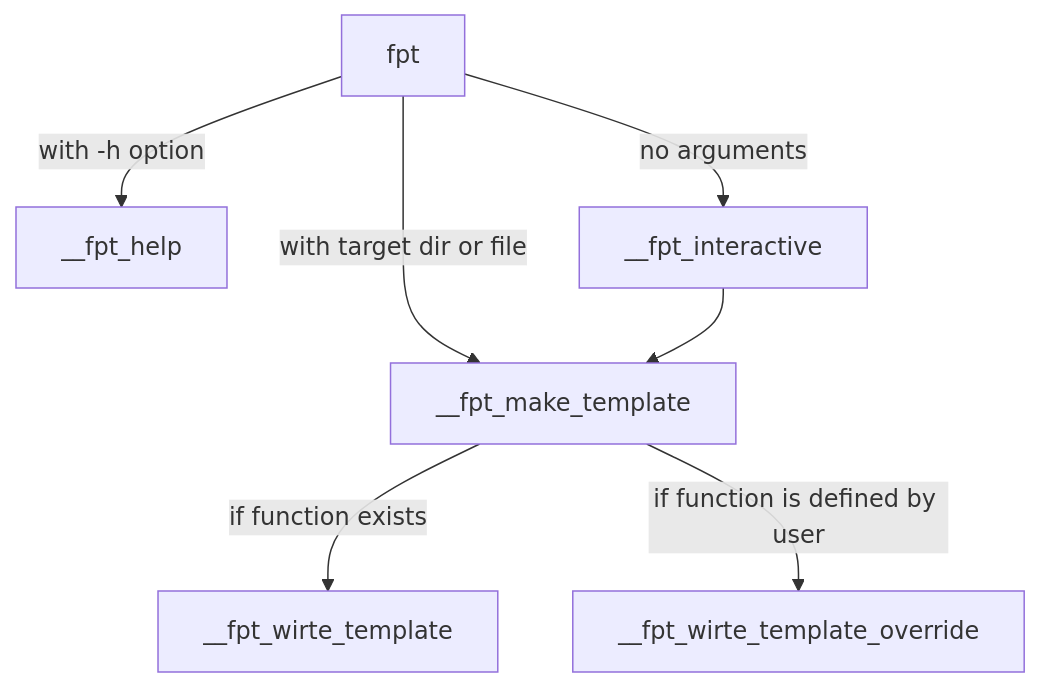
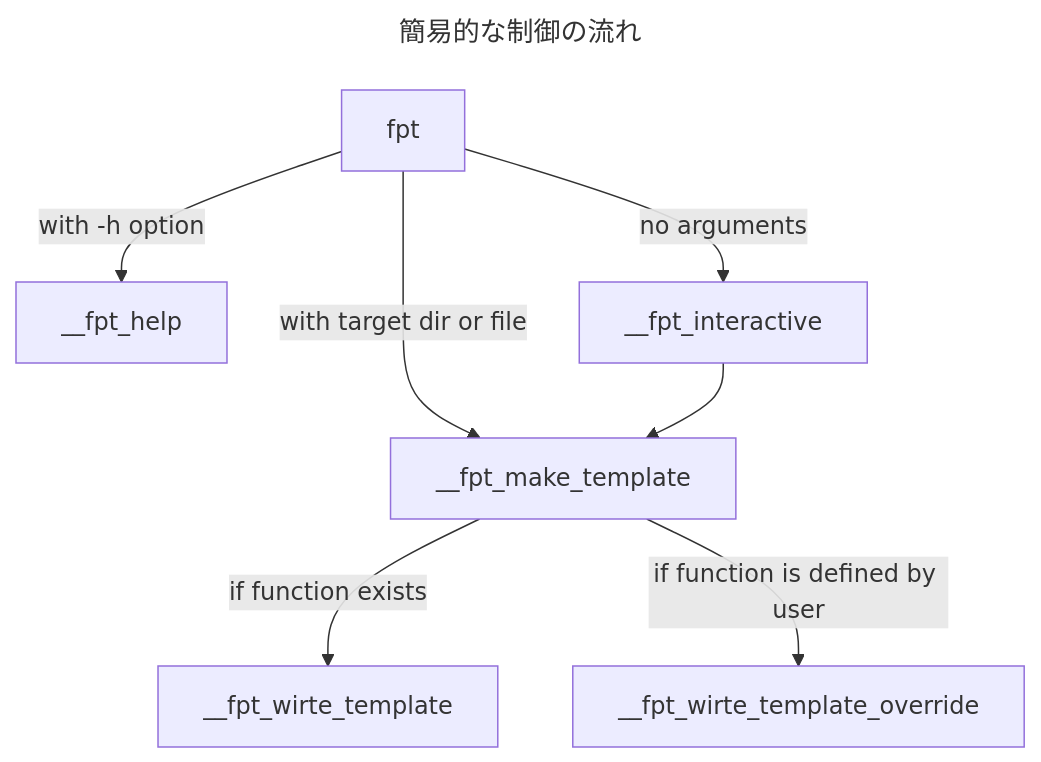
The diagram in articles/zenn-fish-plugin-template.md (yo-goto/zenn-public-repo), drawn with Mermaid before and after one commit. The commit also changed other lines of this file and 1 other file, not shown here.

````diff
--- a/articles/zenn-fish-plugin-template.md
+++ b/articles/zenn-fish-plugin-template.md
@@ -73,15 +82,18 @@
 ```mermaid
+---
+title: 簡易的な制御の流れ
+---
 graph TD
     id0[fpt]
     id2[__fpt_help]
     id3[__fpt_make_template]
     id4[__fpt_wirte_template]
     id5[__fpt_wirte_template_override]
     id6[__fpt_interactive]
     id0 --> |with -h option|id2
     id0 --> |with target dir or file|id3
     id3 --> |if function exists|id4
     id3 --> |if function is defined by user|id5
     id6 --> id3
     id0 --> |no arguments|id6
 ```
````
